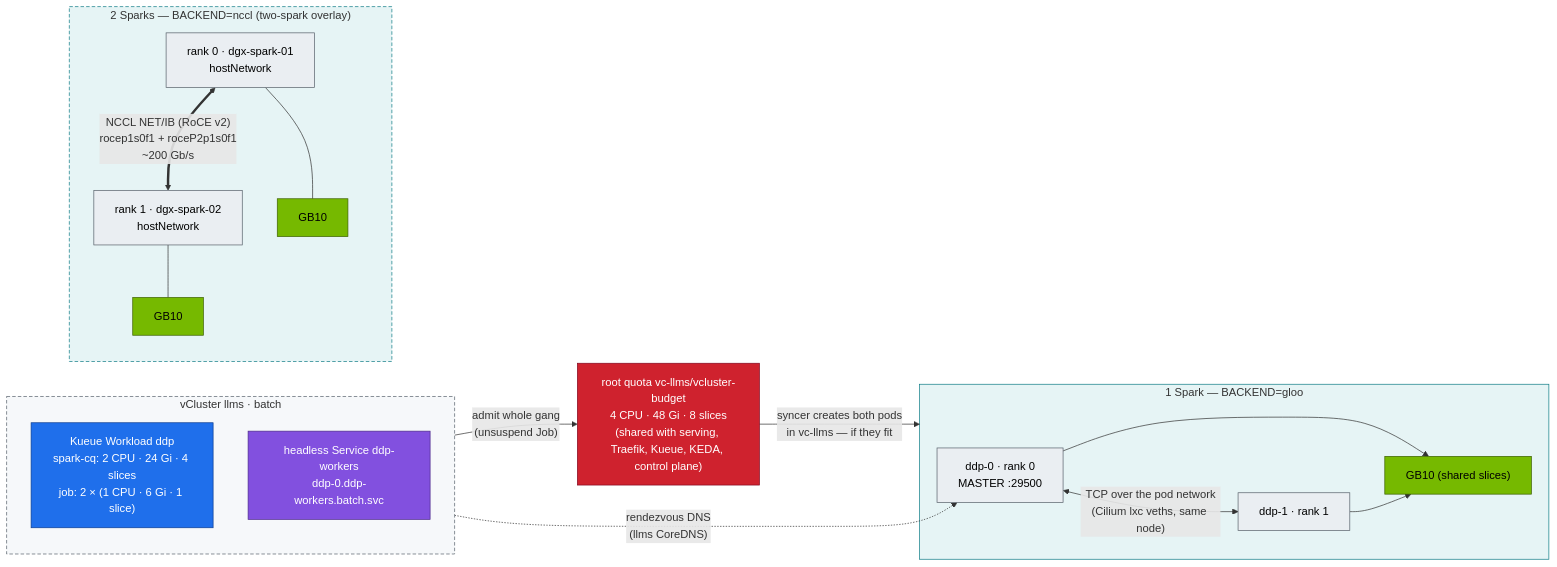
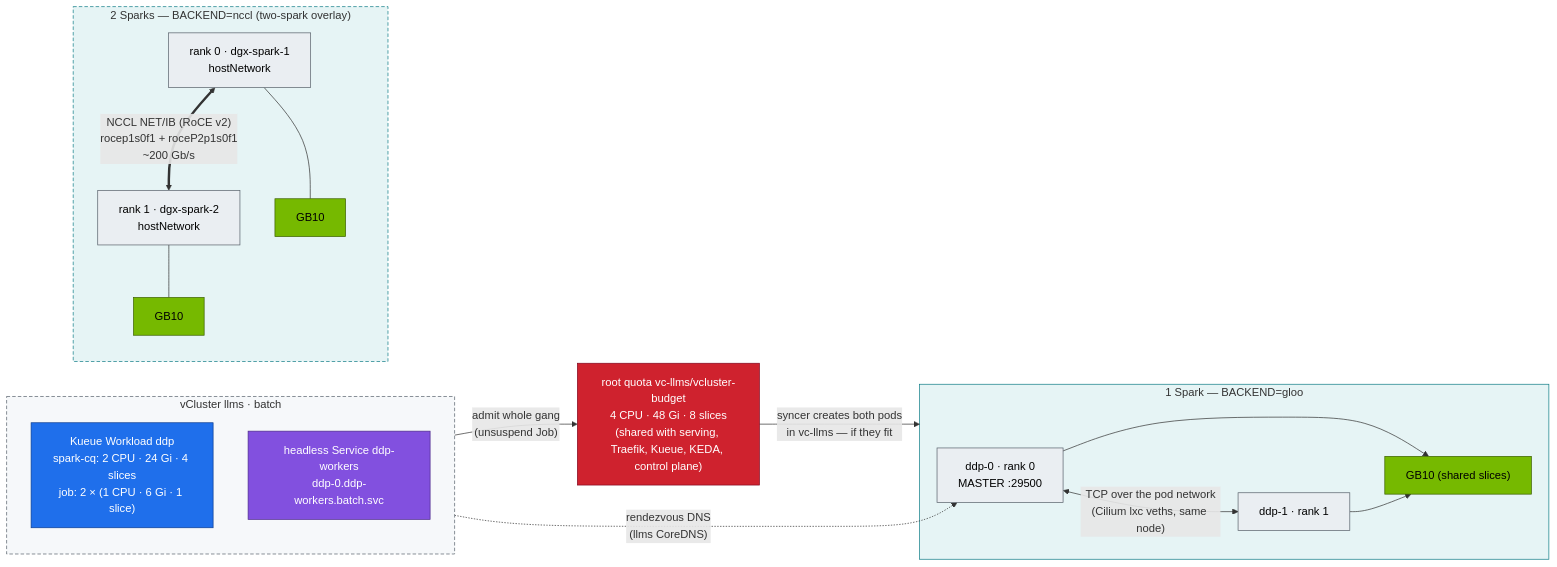
The diagram in 02 Kubernetes/17-distributed-ai-training-and-nccl.md (cloudone365/technical-depth), drawn with Mermaid before and after one commit. The commit also changed other lines of this file and 91 other files, not shown here.

First line of the commit message:
Rename the Spark hosts to dgx-spark-1 / dgx-spark-2

````diff
--- a/02 Kubernetes/17-distributed-ai-training-and-nccl.md
+++ b/02 Kubernetes/17-distributed-ai-training-and-nccl.md
@@ -39,34 +39,34 @@
 ```mermaid
 flowchart LR
   subgraph LLMS["vCluster llms · batch"]
     direction TB
     WL["Kueue Workload ddp<br/>spark-cq: 2 CPU · 24 Gi · 4 slices<br/>job: 2 × (1 CPU · 6 Gi · 1 slice)"]
     HS["headless Service ddp-workers<br/>ddp-0.ddp-workers.batch.svc"]
   end
   RQ["root quota vc-llms/vcluster-budget<br/>4 CPU · 48 Gi · 8 slices<br/>(shared with serving, Traefik, Kueue, KEDA, control plane)"]
   subgraph ONE["1 Spark — BACKEND=gloo"]
     R0["ddp-0 · rank 0<br/>MASTER :29500"] <-->|"TCP over the pod network<br/>(Cilium lxc veths, same node)"| R1["ddp-1 · rank 1"]
     R0 & R1 --> G1["GB10 (shared slices)"]
   end
   subgraph TWO["2 Sparks — BACKEND=nccl (two-spark overlay)"]
-    A0["rank 0 · dgx-spark-01<br/>hostNetwork"] <==>|"NCCL NET/IB (RoCE v2)<br/>rocep1s0f1 + roceP2p1s0f1<br/>~200 Gb/s"| A1["rank 1 · dgx-spark-02<br/>hostNetwork"]
+    A0["rank 0 · dgx-spark-1<br/>hostNetwork"] <==>|"NCCL NET/IB (RoCE v2)<br/>rocep1s0f1 + roceP2p1s0f1<br/>~200 Gb/s"| A1["rank 1 · dgx-spark-2<br/>hostNetwork"]
     A0 --- GA["GB10"]
     A1 --- GB["GB10"]
   end
   WL -->|"admit whole gang<br/>(unsuspend Job)"| RQ
   RQ -->|"syncer creates both pods<br/>in vc-llms — if they fit"| ONE
   HS -. "rendezvous DNS<br/>(llms CoreDNS)" .-> R0
   classDef gpu fill:#76b900,stroke:#3d6000,color:#000
   classDef net fill:#8250df,stroke:#4c2889,color:#fff
   classDef ctrl fill:#1f6feb,stroke:#0b3d91,color:#fff
   classDef sec fill:#cf222e,stroke:#82071e,color:#fff
   classDef tenant fill:#eaeef2,stroke:#57606a,color:#000
   class G1,GA,GB gpu
   class HS net
   class WL ctrl
   class RQ sec
   class R0,R1,A0,A1 tenant
   style LLMS fill:#f6f8fa,stroke:#57606a,stroke-dasharray:5 3
   style ONE fill:#e6f4f5,stroke:#0e7c86
   style TWO fill:#e6f4f5,stroke:#0e7c86,stroke-dasharray:5 3
 ```
````
